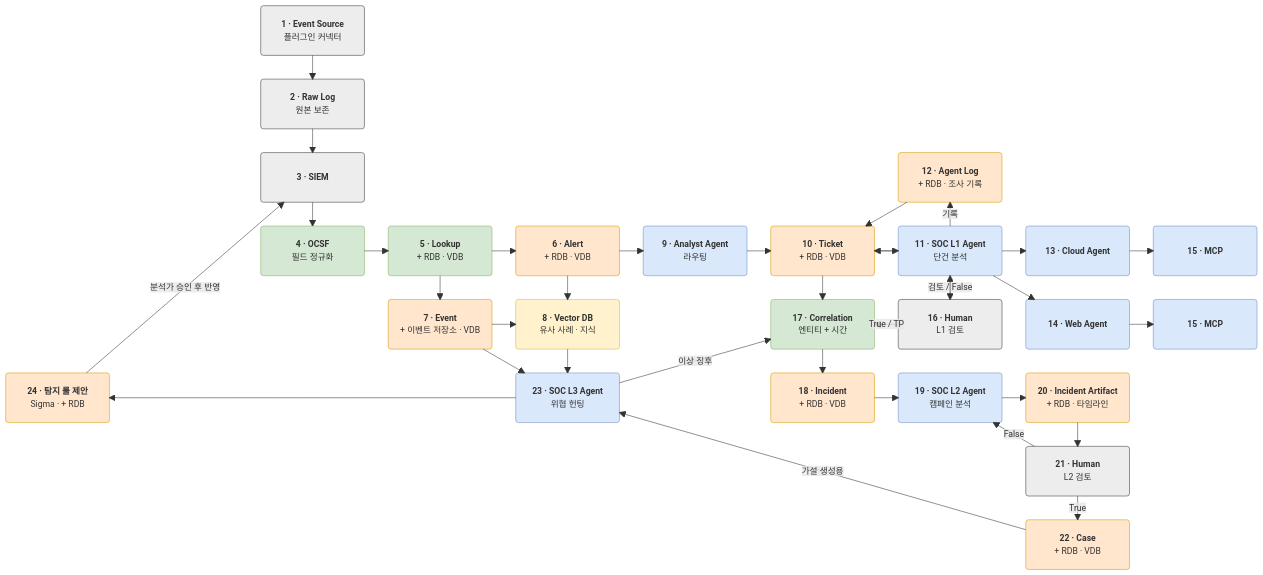
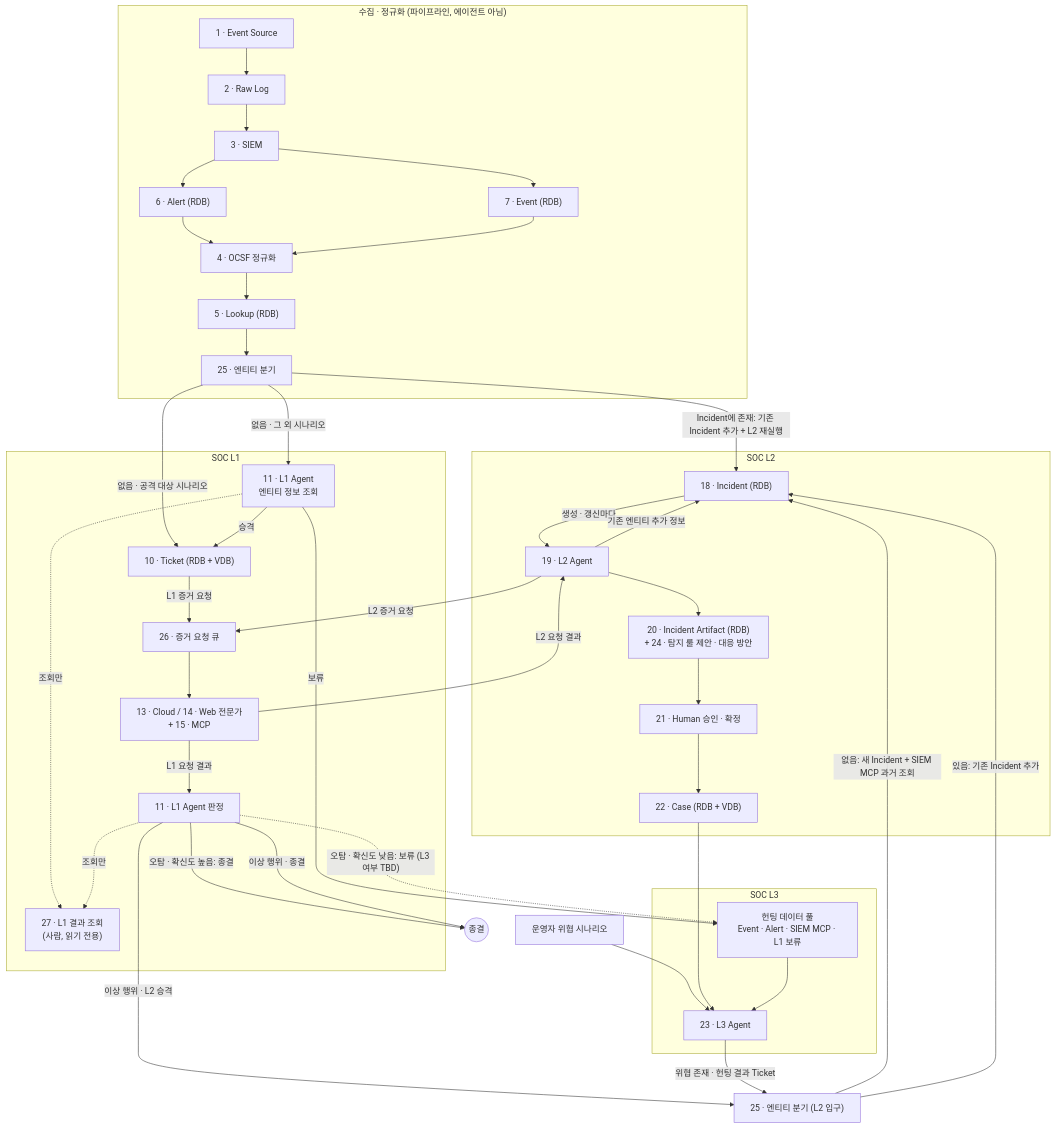
One commit to 0-Ticket/0-Ticket changed the diagram in docs/architecture.md. Above: the diagram before and after it, drawn with Mermaid. The commit also changed other lines of this file and 2 other files, not shown here.

Commit message:
chore(docs): rewrite architecture and decisions for v2 (#33)

````diff
--- a/docs/architecture.md
+++ b/docs/architecture.md
@@ -3,60 +3,59 @@
 ```mermaid
-%%{init: {"block": {"padding": 44}}}%%
-block-beta
-  columns 10
-  space space ES("<b>1 · Event Source</b><br/>플러그인 커넥터") space:7
-  space space RAW("<b>2 · Raw Log</b><br/>원본 보존") space:7
-  space space SIEM("<b>3 · SIEM</b>") space:4 LOG("<b>12 · Agent Log</b><br/>+ RDB · 조사 기록") space:2
-  space space OCSF("<b>4 · OCSF</b><br/>필드 정규화") LK("<b>5 · Lookup</b><br/>+ RDB · VDB") AL("<b>6 · Alert</b><br/>+ RDB · VDB") AN("<b>9 · Analyst Agent</b><br/>라우팅") TK("<b>10 · Ticket</b><br/>+ RDB · VDB") L1("<b>11 · SOC L1 Agent</b><br/>단건 분석") CL("<b>13 · Cloud Agent</b>") MCP1("<b>15 · MCP</b>")
-  space space:2 EV("<b>7 · Event</b><br/>+ 이벤트 저장소 · VDB") VDB("<b>8 · Vector DB</b><br/>유사 사례 · 지식") space COR("<b>17 · Correlation</b><br/>엔티티 + 시간") H1("<b>16 · Human</b><br/>L1 검토") WEB("<b>14 · Web Agent</b>") MCP2("<b>15 · MCP</b>")
-  RULE("<b>24 · 탐지 룰 제안</b><br/>Sigma · + RDB") space:3 L3("<b>23 · SOC L3 Agent</b><br/>위협 헌팅") space INC("<b>18 · Incident</b><br/>+ RDB · VDB") L2("<b>19 · SOC L2 Agent</b><br/>캠페인 분석") ART("<b>20 · Incident Artifact</b><br/>+ RDB · 타임라인") space
-  space:8 H2("<b>21 · Human</b><br/>L2 검토") space
-  space:8 CASE("<b>22 · Case</b><br/>+ RDB · VDB") space
+flowchart TB
+  subgraph P0["수집 · 정규화 (파이프라인, 에이전트 아님)"]
+    ES["1 · Event Source"] --> RAW["2 · Raw Log"] --> SIEM["3 · SIEM"]
+    SIEM --> AL["6 · Alert (RDB)"]
+    SIEM --> EV["7 · Event (RDB)"]
+    AL --> OCSF["4 · OCSF 정규화"]
+    EV --> OCSF
+    OCSF --> LK["5 · Lookup (RDB)"]
+    LK --> BR["25 · 엔티티 분기"]
+  end
 
-  ES --> RAW
-  RAW --> SIEM
-  SIEM --> OCSF
-  OCSF --> LK
-  LK --> AL
-  AL --> AN
-  AN --> TK
-  TK --> L1
-  L1 --> TK
-  L1 -- "기록" --> LOG
-  LOG --> TK
-  L1 --> CL
-  CL --> MCP1
-  L1 --> WEB
-  WEB --> MCP2
-  LK --> EV
-  AL --> VDB
-  EV --> VDB
-  VDB --> L3
-  EV --> L3
-  TK --> COR
-  COR --> INC
-  L1 -- "검토 / False" --> H1
-  H1 --> L1
-  H1 -- "True / TP" --> COR
-  L3 -- "이상 징후" --> COR
-  INC --> L2
-  L2 --> ART
-  ART --> H2
-  H2 -- "False" --> L2
-  H2 -- "True" --> CASE
-  L3 --> RULE
-  RULE -- "분석가 승인 후 반영" --> SIEM
-  CASE -- "가설 생성용" --> L3
+  subgraph L1G["SOC L1"]
+    L1Q["11 · L1 Agent<br/>엔티티 정보 조회"]
+    TK["10 · Ticket (RDB + VDB)"]
+    Q["26 · 증거 요청 큐"]
+    SP["13 · Cloud / 14 · Web 전문가<br/>+ 15 · MCP"]
+    L1V["11 · L1 Agent 판정"]
+    L1R["27 · L1 결과 조회<br/>(사람, 읽기 전용)"]
+  end
 
-  %% 색상: 회색=수집·사람, 초록=처리 레이어, 주황=데이터 객체(+저장소), 파랑=Agent, 노랑=Vector DB
-  classDef src fill:#EDEDED,stroke:#3A3A3A,color:#1D2329
-  classDef proc fill:#D5E8D4,stroke:#82B366,color:#1D2329
-  classDef data fill:#FFE6CC,stroke:#D79B00,color:#1D2329
-  classDef agent fill:#DAE8FC,stroke:#6C8EBF,color:#1D2329
-  classDef vdb fill:#FFF2CC,stroke:#D6B656,color:#1D2329
-  class ES,RAW,SIEM,H1,H2 src
-  class OCSF,LK,COR proc
-  class AL,EV,TK,LOG,INC,ART,CASE,RULE data
-  class AN,L1,CL,WEB,MCP1,MCP2,L2,L3 agent
-  class VDB vdb
+  subgraph L2G["SOC L2"]
+    INC["18 · Incident (RDB)"]
+    L2["19 · L2 Agent"]
+    ART["20 · Incident Artifact (RDB)<br/>+ 24 · 탐지 룰 제안 · 대응 방안"]
+    H["21 · Human 승인 · 확정"]
+    CASE["22 · Case (RDB + VDB)"]
+  end
+
+  subgraph L3G["SOC L3"]
+    POOL["헌팅 데이터 풀<br/>Event · Alert · SIEM MCP · L1 보류"]
+    L3["23 · L3 Agent"]
+  end
+
+  BR -- "Incident에 존재: 기존 Incident 추가 + L2 재실행" --> INC
+  BR -- "없음 · 공격 대상 시나리오" --> TK
+  BR -- "없음 · 그 외 시나리오" --> L1Q
+  L1Q -- "승격" --> TK
+  L1Q -- "보류" --> POOL
+  TK -- "L1 증거 요청" --> Q --> SP
+  SP -- "L1 요청 결과" --> L1V
+  L1V -- "오탐 · 확신도 높음: 종결" --> END1(("종결"))
+  L1V -. "오탐 · 확신도 낮음: 보류 (L3 여부 TBD)" .-> POOL
+  L1V -- "이상 행위 · 종결" --> END1
+  L1V -- "이상 행위 · L2 승격" --> BR2["25 · 엔티티 분기 (L2 입구)"]
+  L1Q -. "조회만" .-> L1R
+  L1V -. "조회만" .-> L1R
+  BR2 -- "없음: 새 Incident + SIEM MCP 과거 조회" --> INC
+  BR2 -- "있음: 기존 Incident 추가" --> INC
+  INC -- "생성 · 갱신마다" --> L2
+  L2 -- "L2 증거 요청" --> Q
+  SP -- "L2 요청 결과" --> L2
+  L2 -- "기존 엔티티 추가 정보" --> INC
+  L2 --> ART --> H --> CASE
+  OP["운영자 위협 시나리오"] --> L3
+  CASE --> L3
+  POOL --> L3
+  L3 -- "위협 존재 · 헌팅 결과 Ticket" --> BR2
 ```
````
